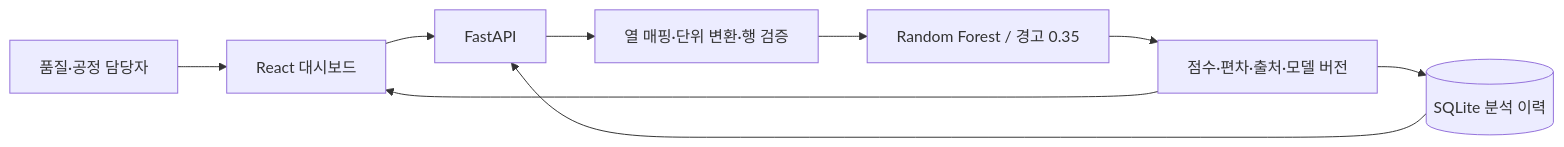
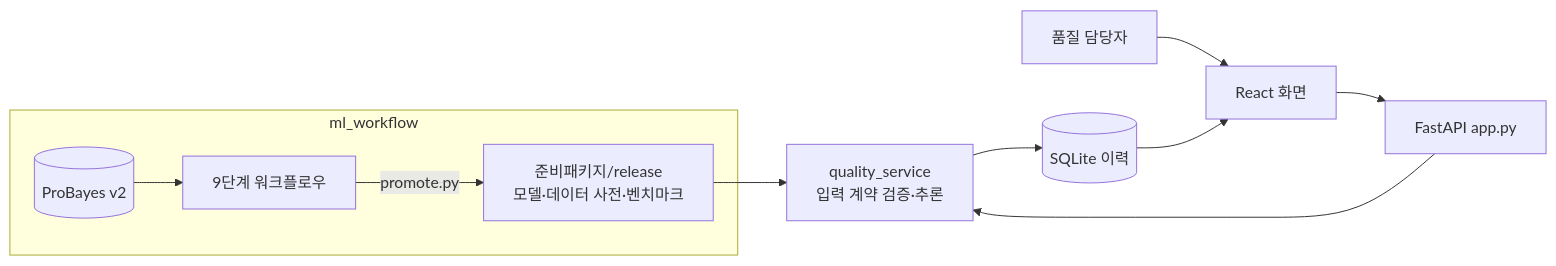
The diagram in README.md (hjus36/chungcheong-ICT-quality), drawn with Mermaid before and after one commit. The commit also changed other lines of this file and 16 other files, not shown here.

````diff
--- a/README.md
+++ b/README.md
@@ -46,11 +27,13 @@
 ```mermaid
 flowchart LR
-    User[품질·공정 담당자] --> UI[React 대시보드]
-    UI --> API[FastAPI]
-    API --> Prep[열 매핑·단위 변환·행 검증]
-    Prep --> ML[Random Forest / 경고 0.35]
-    ML --> Result[점수·편차·출처·모델 버전]
-    Result --> DB[(SQLite 분석 이력)]
-    Result --> UI
-    DB --> API
+    subgraph 학습 [ml_workflow]
+      D[(ProBayes v2)] --> W[9단계 워크플로우]
+      W -->|promote.py| REL[준비패키지/release<br/>모델·데이터 사전·벤치마크]
+    end
+    User[품질 담당자] --> UI[React 화면]
+    UI --> API[FastAPI app.py]
+    API --> SVC[quality_service<br/>입력 계약 검증·추론]
+    REL --> SVC
+    SVC --> DB[(SQLite 이력)]
+    DB --> UI
 ```
````
